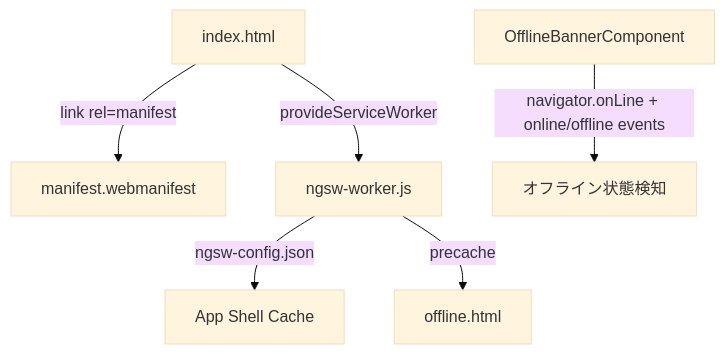
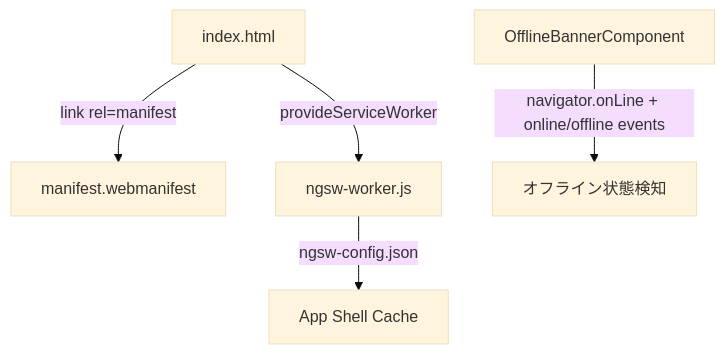
Before and after one commit to ky5bass/nestodo: the diagram in .kiro/specs/pwa-support/design.md, drawn with Mermaid (base theme). The commit also changed other lines of this file and 3 other files, not shown here.

````diff
--- a/.kiro/specs/pwa-support/design.md
+++ b/.kiro/specs/pwa-support/design.md
@@ -11,8 +11,7 @@
 ```mermaid
 graph TD
     A[index.html] -->|link rel=manifest| B[manifest.webmanifest]
     A -->|provideServiceWorker| C[ngsw-worker.js]
     C -->|ngsw-config.json| D[App Shell Cache]
-    C -->|precache| E[offline.html]
-    F[OfflineBannerComponent] -->|navigator.onLine + online/offline events| G[オフライン状態検知]
+    F[OfflineBannerComponent] -->|navigator.onLine + online/offline events| E[オフライン状態検知]
 ```
````
